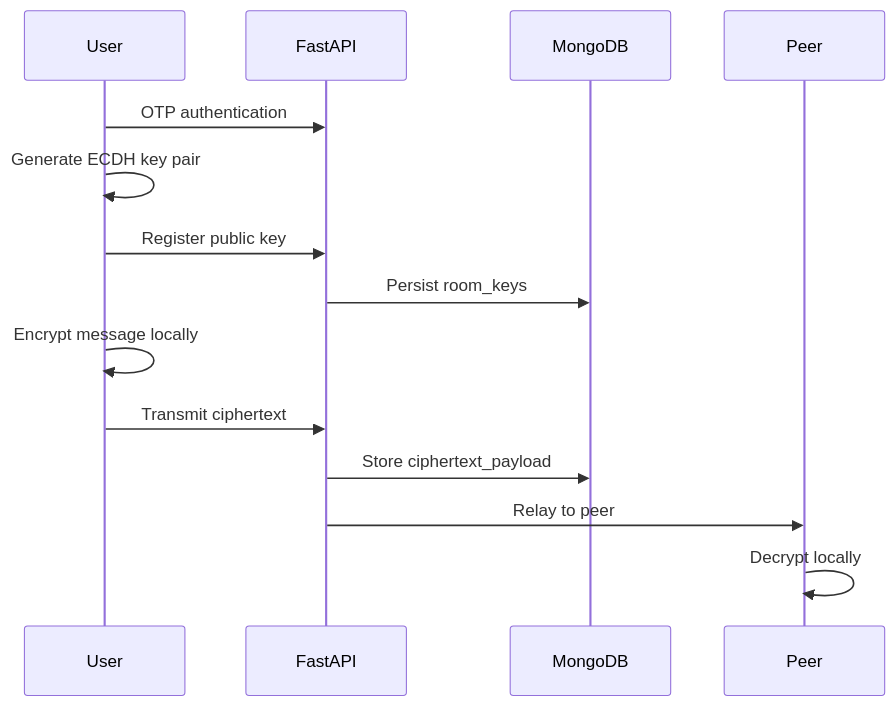
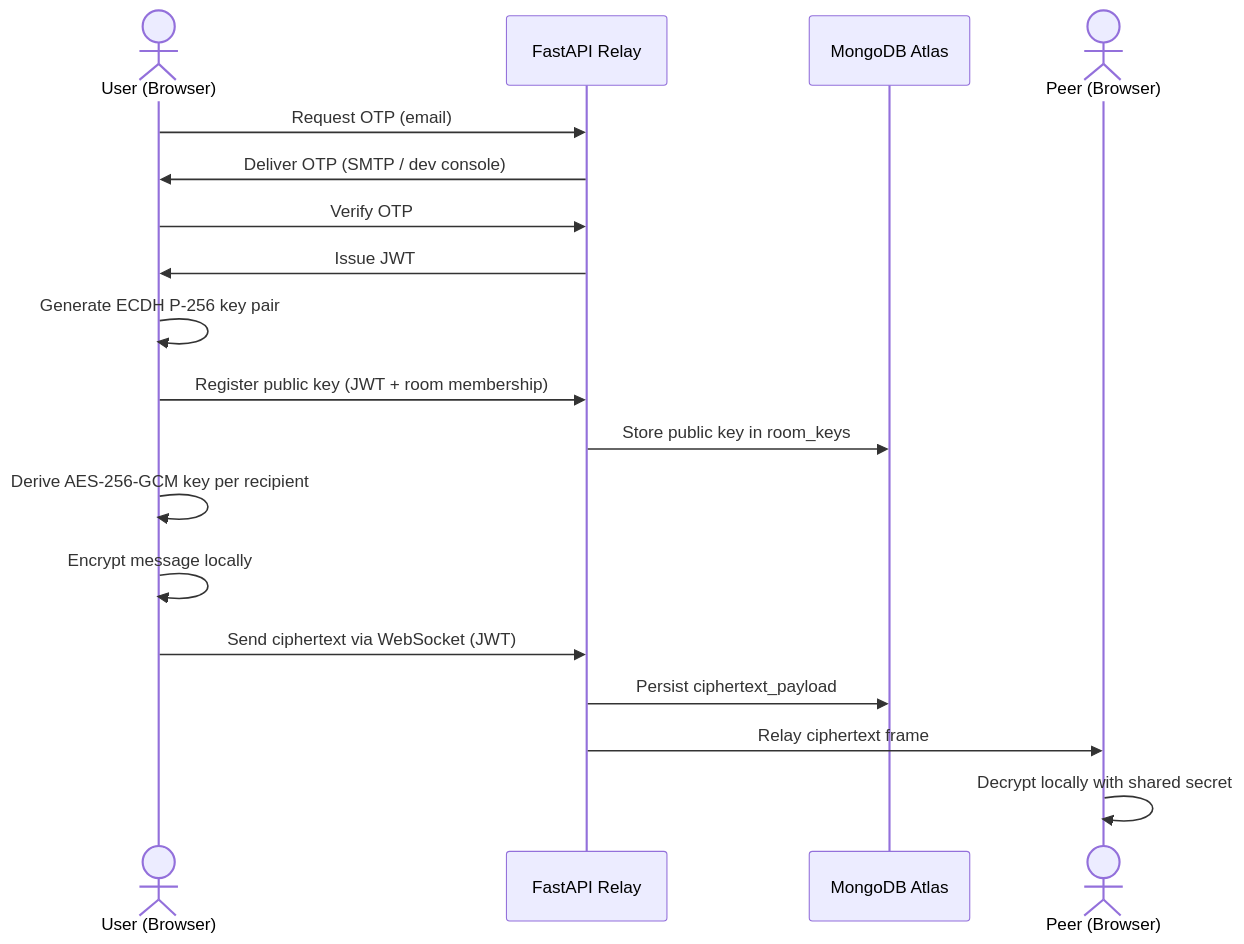
The second of 2 diagrams in README.md (Sireesha-Boyapati/Secure-Communications-Collaboration-System-Design-and-Deployment), drawn with Mermaid before and after one commit. The commit also changed other lines of this file, not shown here.

Commit message:
docs: restore full architecture section in README

````diff
--- a/README.md
+++ b/README.md
@@ -89,17 +104,23 @@
 ```mermaid
 sequenceDiagram
-    participant U as User
-    participant S as FastAPI
-    participant D as MongoDB
-    participant P as Peer
+    actor User as User (Browser)
+    participant API as FastAPI Relay
+    participant DB as MongoDB Atlas
+    actor Peer as Peer (Browser)
 
-    U->>S: OTP authentication
-    U->>U: Generate ECDH key pair
-    U->>S: Register public key
-    S->>D: Persist room_keys
-    U->>U: Encrypt message locally
-    U->>S: Transmit ciphertext
-    S->>D: Store ciphertext_payload
-    S->>P: Relay to peer
-    P->>P: Decrypt locally
+    User->>API: Request OTP (email)
+    API->>User: Deliver OTP (SMTP / dev console)
+    User->>API: Verify OTP
+    API->>User: Issue JWT
+
+    User->>User: Generate ECDH P-256 key pair
+    User->>API: Register public key (JWT + room membership)
+    API->>DB: Store public key in room_keys
+
+    User->>User: Derive AES-256-GCM key per recipient
+    User->>User: Encrypt message locally
+    User->>API: Send ciphertext via WebSocket (JWT)
+    API->>DB: Persist ciphertext_payload
+    API->>Peer: Relay ciphertext frame
+    Peer->>Peer: Decrypt locally with shared secret
 ```
````
